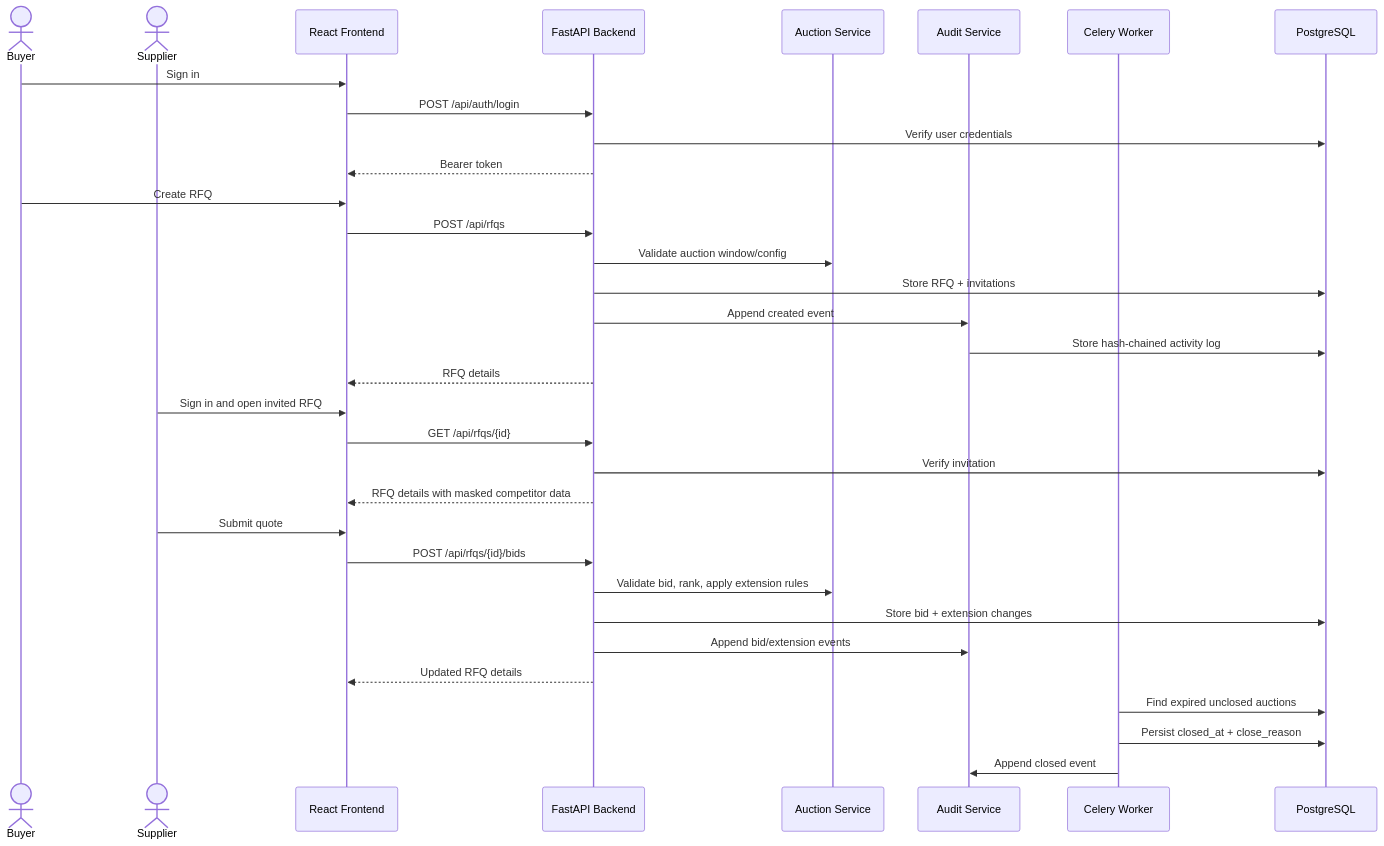
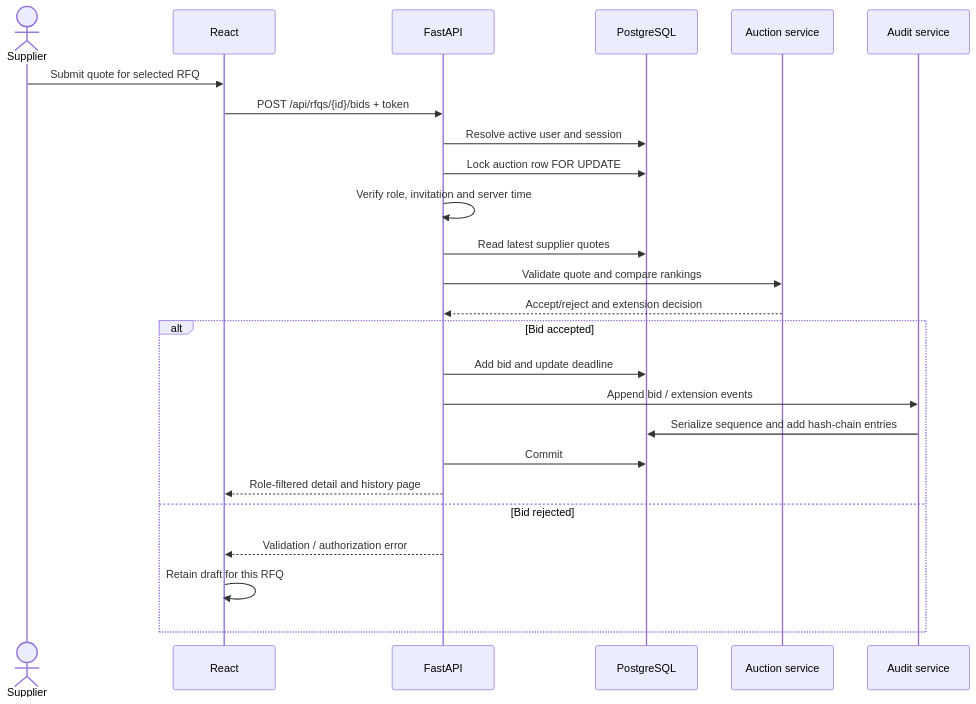
One commit to Rammanideep-ghantasala/British-Auction-in-RFQ-System changed the second of 3 diagrams in docs/architecture-diagram.md. Above: the diagram before and after it, drawn with Mermaid. The commit also changed other lines of this file and 5 other files, not shown here.

````diff
--- a/docs/architecture-diagram.md
+++ b/docs/architecture-diagram.md
@@ -56,40 +43,28 @@
 ```mermaid
 sequenceDiagram
-    actor Buyer
     actor Supplier
-    participant Frontend as React Frontend
-    participant API as FastAPI Backend
-    participant Service as Auction Service
-    participant Audit as Audit Service
-    participant Worker as Celery Worker
+    participant UI as React
+    participant API as FastAPI
     participant DB as PostgreSQL
+    participant Rules as Auction service
+    participant Audit as Audit service
 
-    Buyer->>Frontend: Sign in
-    Frontend->>API: POST /api/auth/login
-    API->>DB: Verify user credentials
-    API-->>Frontend: Bearer token
-
-    Buyer->>Frontend: Create RFQ
-    Frontend->>API: POST /api/rfqs
-    API->>Service: Validate auction window/config
-    API->>DB: Store RFQ + invitations
-    API->>Audit: Append created event
-    Audit->>DB: Store hash-chained activity log
-    API-->>Frontend: RFQ details
-
-    Supplier->>Frontend: Sign in and open invited RFQ
-    Frontend->>API: GET /api/rfqs/{id}
-    API->>DB: Verify invitation
-    API-->>Frontend: RFQ details with masked competitor data
-
-    Supplier->>Frontend: Submit quote
-    Frontend->>API: POST /api/rfqs/{id}/bids
-    API->>Service: Validate bid, rank, apply extension rules
-    API->>DB: Store bid + extension changes
-    API->>Audit: Append bid/extension events
-    API-->>Frontend: Updated RFQ details
-
-    Worker->>DB: Find expired unclosed auctions
-    Worker->>DB: Persist closed_at + close_reason
-    Worker->>Audit: Append closed event
+    Supplier->>UI: Submit quote for selected RFQ
+    UI->>API: POST /api/rfqs/{id}/bids + token
+    API->>DB: Resolve active user and session
+    API->>DB: Lock auction row FOR UPDATE
+    API->>API: Verify role, invitation and server time
+    API->>DB: Read latest supplier quotes
+    API->>Rules: Validate quote and compare rankings
+    Rules-->>API: Accept/reject and extension decision
+    alt Bid accepted
+        API->>DB: Add bid and update deadline
+        API->>Audit: Append bid / extension events
+        Audit->>DB: Serialize sequence and add hash-chain entries
+        API->>DB: Commit
+        API-->>UI: Role-filtered detail and history page
+    else Bid rejected
+        API-->>UI: Validation / authorization error
+        UI->>UI: Retain draft for this RFQ
+    end
 ```
````
